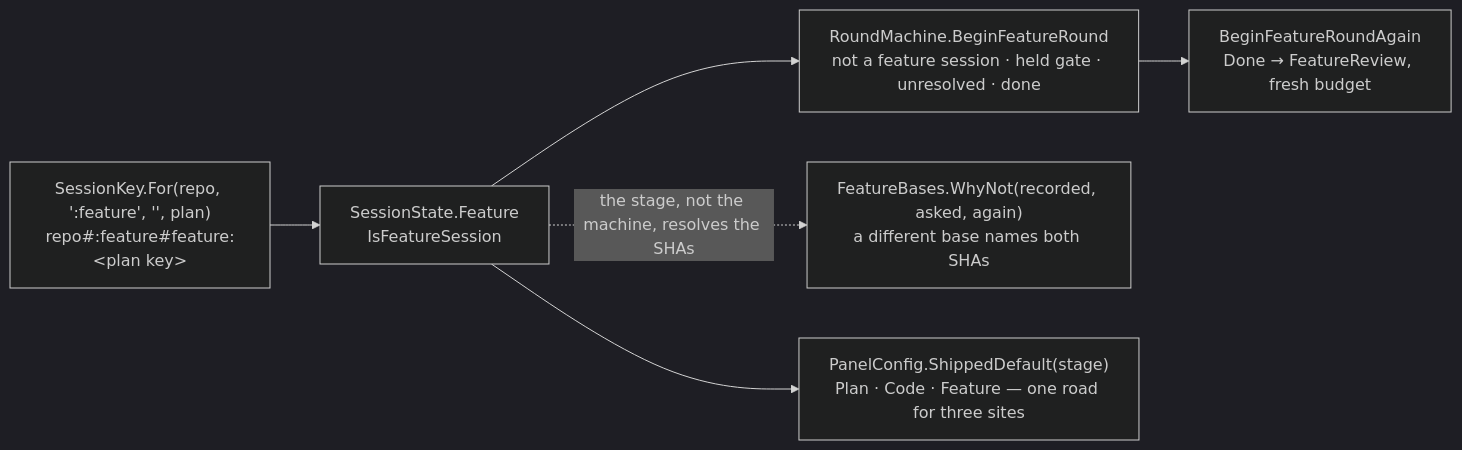
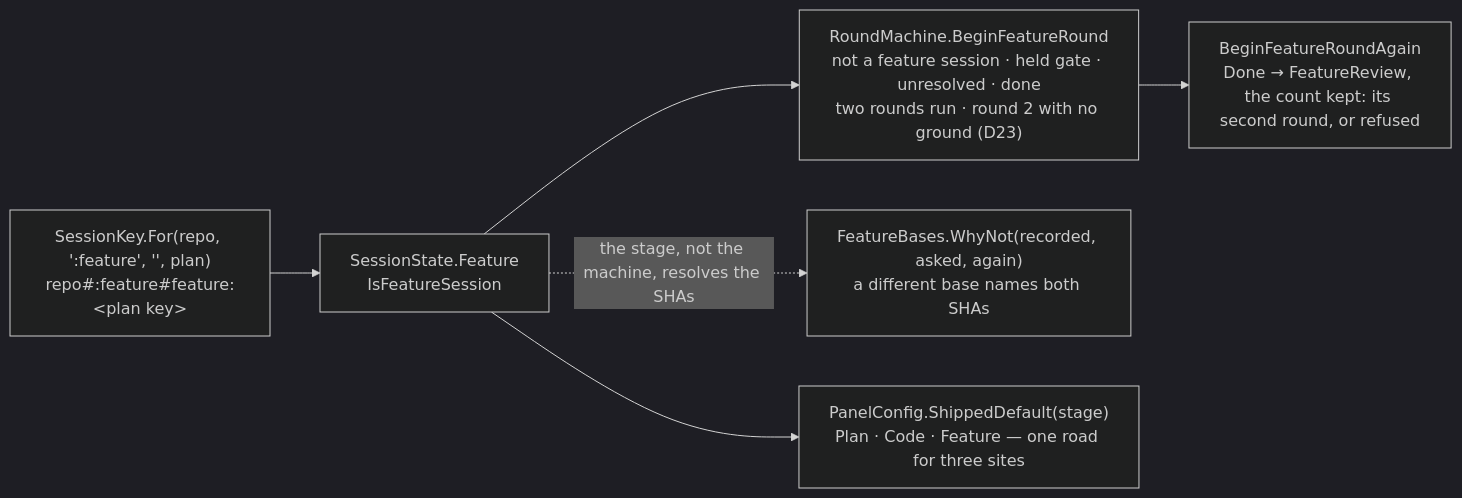
Before and after one commit to oleksandrdubyna88/dew_flow_connect_other_ais: the third of 6 diagrams in research/module_core.md, drawn with Mermaid (dark theme). The commit also changed other lines of this file and 143 other files, not shown here.

First line of the commit message:
feat: the feature review, epic 3 — source on demand, the second round only when needed, the person's side

````diff
--- a/research/module_core.md
+++ b/research/module_core.md
@@ -305,12 +307,12 @@
 ```mermaid
 flowchart LR
   key["SessionKey.For(repo, ':feature', '', plan)<br/>repo#:feature#feature:&lt;plan key&gt;"]
   st["SessionState.Feature<br/>IsFeatureSession"]
-  begin["RoundMachine.BeginFeatureRound<br/>not a feature session · held gate · unresolved · done"]
-  again["BeginFeatureRoundAgain<br/>Done → FeatureReview, fresh budget"]
+  begin["RoundMachine.BeginFeatureRound<br/>not a feature session · held gate · unresolved · done<br/>two rounds run · round 2 with no ground (D23)"]
+  again["BeginFeatureRoundAgain<br/>Done → FeatureReview, the count kept: its second round, or refused"]
   bases["FeatureBases.WhyNot(recorded, asked, again)<br/>a different base names both SHAs"]
   gate["PanelConfig.ShippedDefault(stage)<br/>Plan · Code · Feature — one road for three sites"]
   key --> st --> begin --> again
   st -. "the stage, not the machine, resolves the SHAs" .-> bases
   st --> gate
 ```
````
